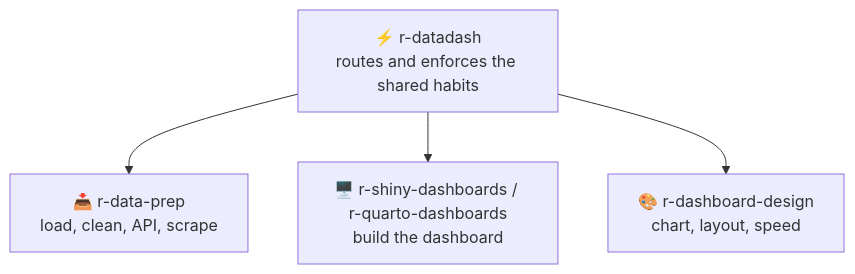
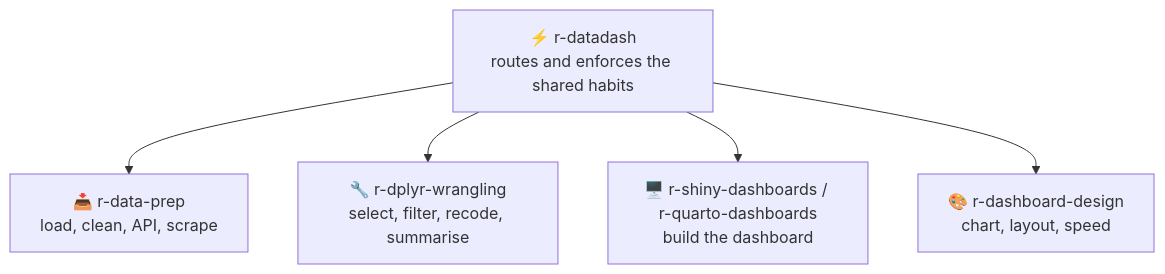
One commit to KinwiseNZ-DevOps/r-datadash changed the diagram in README.md. Above: the diagram before and after it, drawn with Mermaid. The commit also changed other lines of this file and 4 other files, not shown here.

First line of the commit message:
Add r-dplyr-wrangling skill

````diff
--- a/README.md
+++ b/README.md
@@ -73,7 +74,8 @@
 ```mermaid
 flowchart TD
     R["⚡ r-datadash<br/>routes and enforces the shared habits"]
     R --> A["📥 r-data-prep<br/>load, clean, API, scrape"]
+    R --> W["🔧 r-dplyr-wrangling<br/>select, filter, recode, summarise"]
     R --> B["🖥️ r-shiny-dashboards / r-quarto-dashboards<br/>build the dashboard"]
     R --> C["🎨 r-dashboard-design<br/>chart, layout, speed"]
 ```
````
